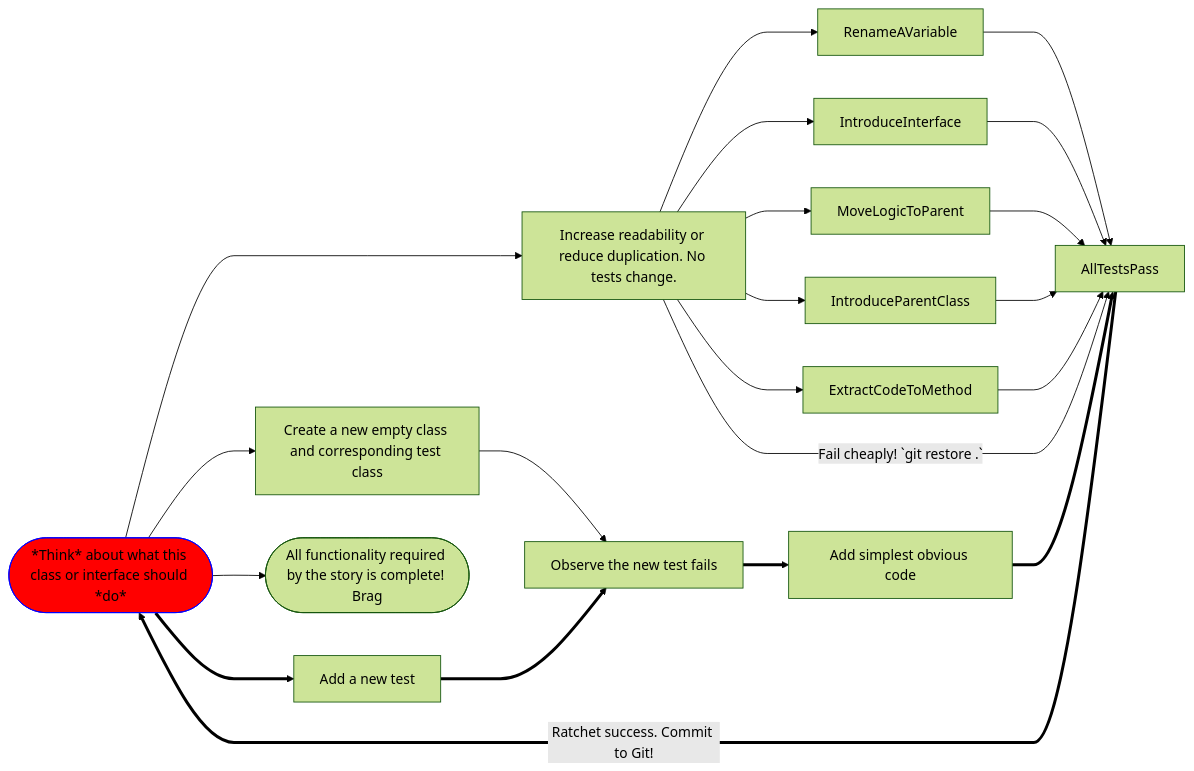
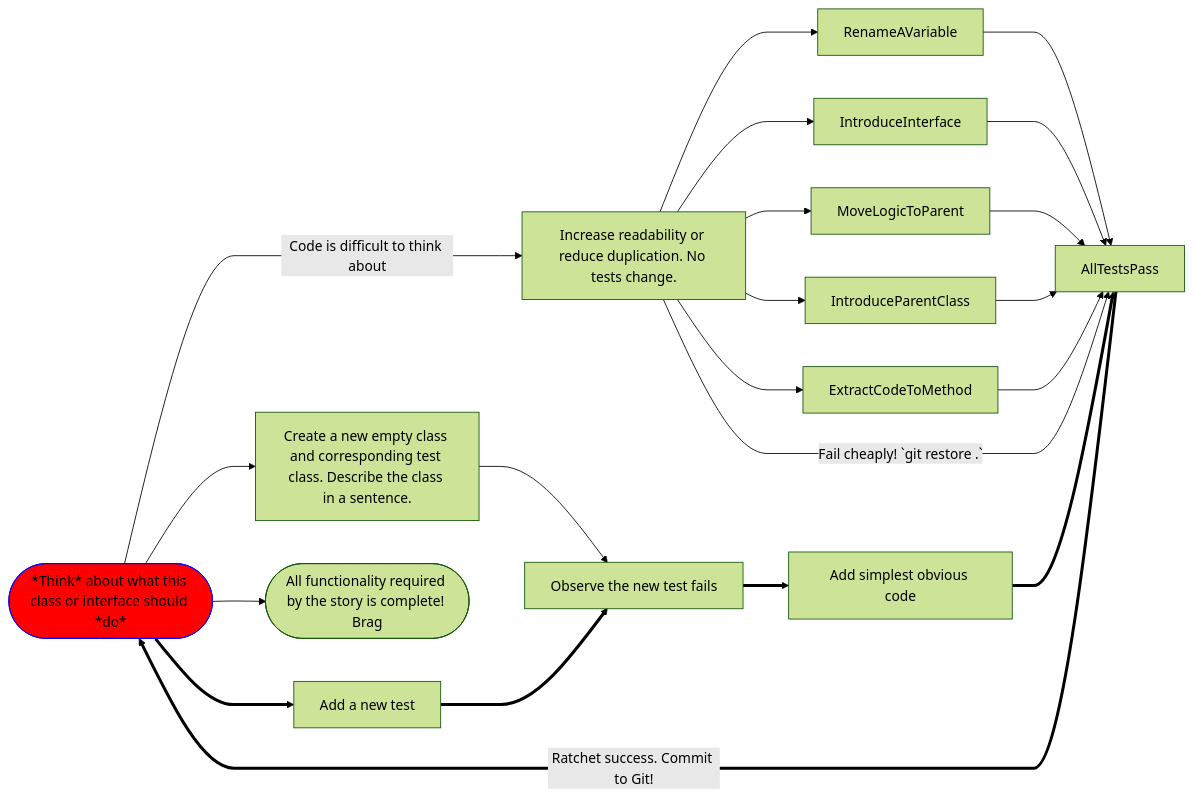
The third of 5 diagrams in README.md (Billy-Spearman-WCCI/RaceCarExtension), drawn with Mermaid (forest theme) before and after one commit. The commit also changed other lines of this file, not shown here.

````diff
--- a/README.md
+++ b/README.md
@@ -902,26 +906,26 @@
 ```mermaid
 %%{init: { 'flowchart': { 'curve': 'monotoneX'}} }%%
 graph LR;
-Think-->MakeImprovements["Increase readability or reduce duplication. No tests change."]
+Think-->|Code is difficult to think about|MakeImprovements["Increase readability or reduce duplication. No tests change."]
 classDef thinkStyle fill:#f00,stroke:#00f
 class Think thinkStyle;
-Think-->CreateANewClass["Create a new empty class and corresponding test class"]
+Think-->CreateANewClass["Create a new empty class and corresponding test class. Describe the class in a sentence."]
 Think-->DONE(["All functionality required by the story is complete! Brag"])
 CreateANewClass-->AddATest["Observe the new test fails"]
 Think==>AddATestToAnExistingTestClass["Add a new test"]
 AddATestToAnExistingTestClass==>AddATest
 AllTestsPass==>|"Ratchet success. Commit to Git!"|Think(["*Think* about what this class or interface should *do*"])
 MakeImprovements-->RenameAVariable
 RenameAVariable-->AllTestsPass
 MakeImprovements-->IntroduceInterface
 IntroduceInterface-->AllTestsPass
 MakeImprovements-->MoveLogicToParent
 MoveLogicToParent-->AllTestsPass
 MakeImprovements-->IntroduceParentClass
 IntroduceParentClass-->AllTestsPass
 MakeImprovements-->ExtractCodeToMethod
 ExtractCodeToMethod-->AllTestsPass
 AddATest==>WriteCode["Add simplest obvious code"]
 WriteCode==>AllTestsPass
 MakeImprovements-->|"Fail cheaply! `git restore .`"|AllTestsPass
 ```
````
